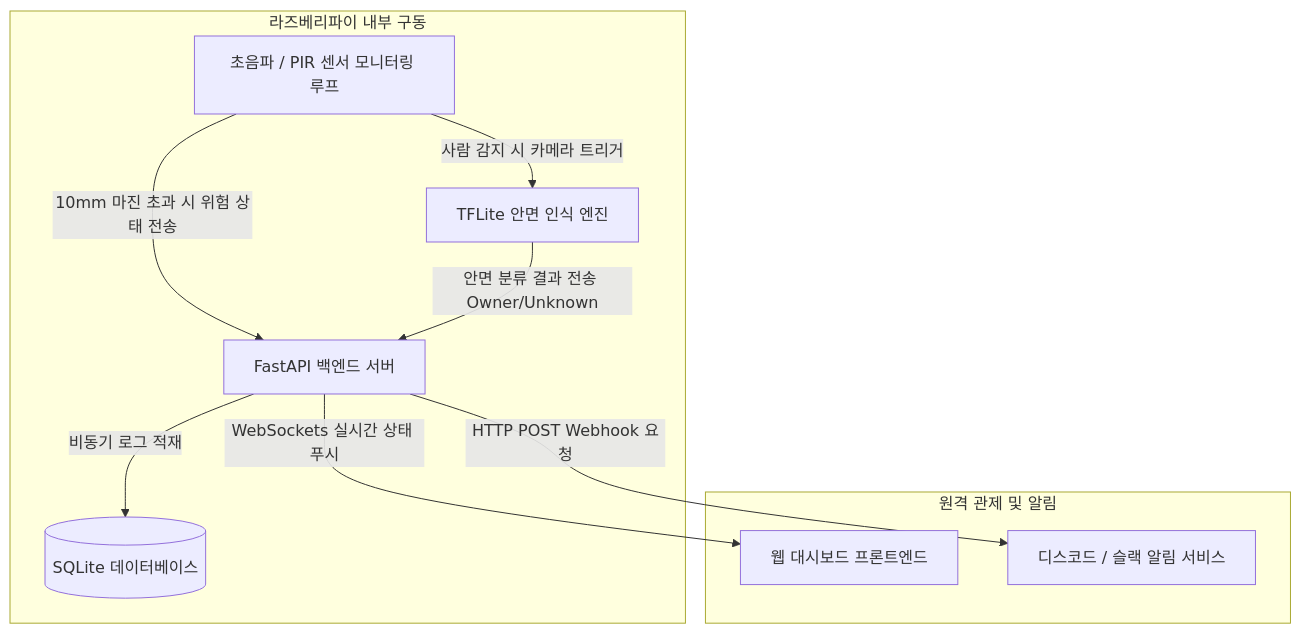
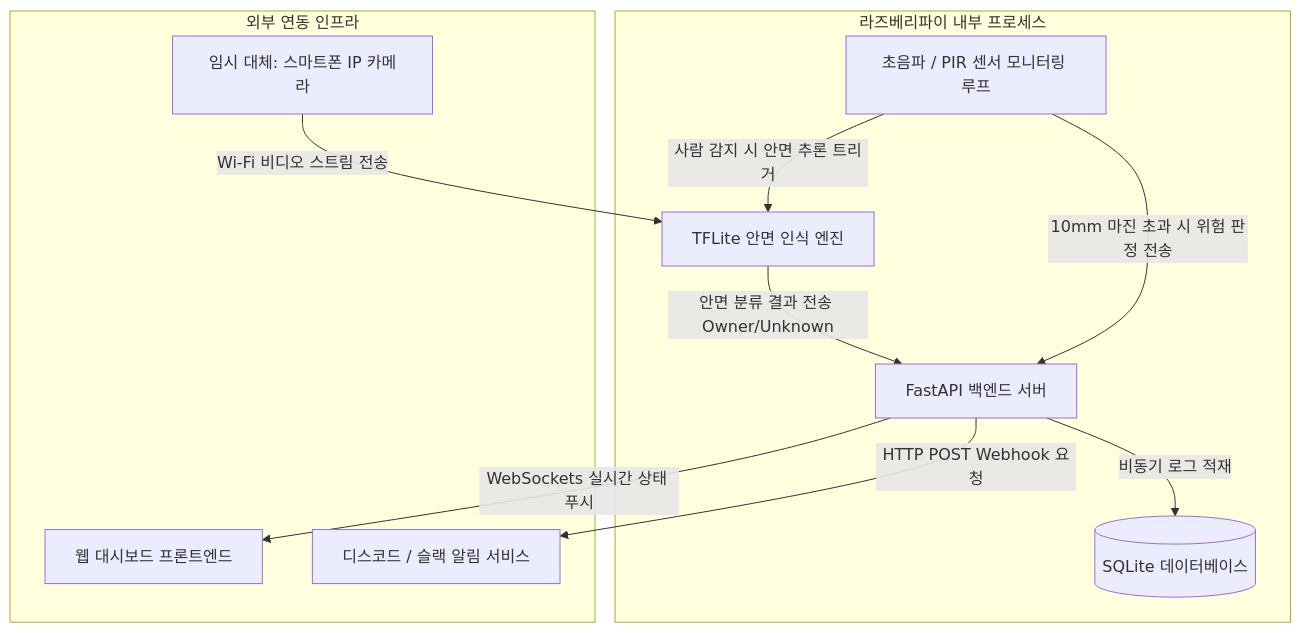
Before and after one commit to Schro2109/MarkDownPractice: the second of 2 diagrams in system.md, drawn with Mermaid. The commit also changed other lines of this file and 2 other files, not shown here.

````diff
--- a/system.md
+++ b/system.md
@@ -51,23 +54,25 @@
 ```mermaid
 graph TD
-    subgraph RPi_Device [라즈베리파이 내부 구동]
+    subgraph RPi_Device [라즈베리파이 내부 프로세스]
         Sensors[초음파 / PIR 센서 모니터링 루프]
         TFLite[TFLite 안면 인식 엔진]
         FastAPI[FastAPI 백엔드 서버]
         DB[(SQLite 데이터베이스)]
     end
 
-    subgraph User_Interface [원격 관제 및 알림]
+    subgraph External_Network [외부 연동 인프라]
+        Smartphone[임시 대체: 스마트폰 IP 카메라]
         Web[웹 대시보드 프론트엔드]
         Webhook[디스코드 / 슬랙 알림 서비스]
     end
 
     %% 데이터 흐름
-    Sensors -- 10mm 마진 초과 시 위험 상태 전송 --> FastAPI
-    Sensors -- 사람 감지 시 카메라 트리거 --> TFLite
+    Smartphone -- Wi-Fi 비디오 스트림 전송 --> TFLite
+    Sensors -- 10mm 마진 초과 시 위험 판정 전송 --> FastAPI
+    Sensors -- 사람 감지 시 안면 추론 트리거 --> TFLite
     TFLite -- 안면 분류 결과 전송 Owner/Unknown --> FastAPI
     
     FastAPI -- 비동기 로그 적재 --> DB
     FastAPI -- WebSockets 실시간 상태 푸시 --> Web
     FastAPI -- HTTP POST Webhook 요청 --> Webhook
 ```
````
